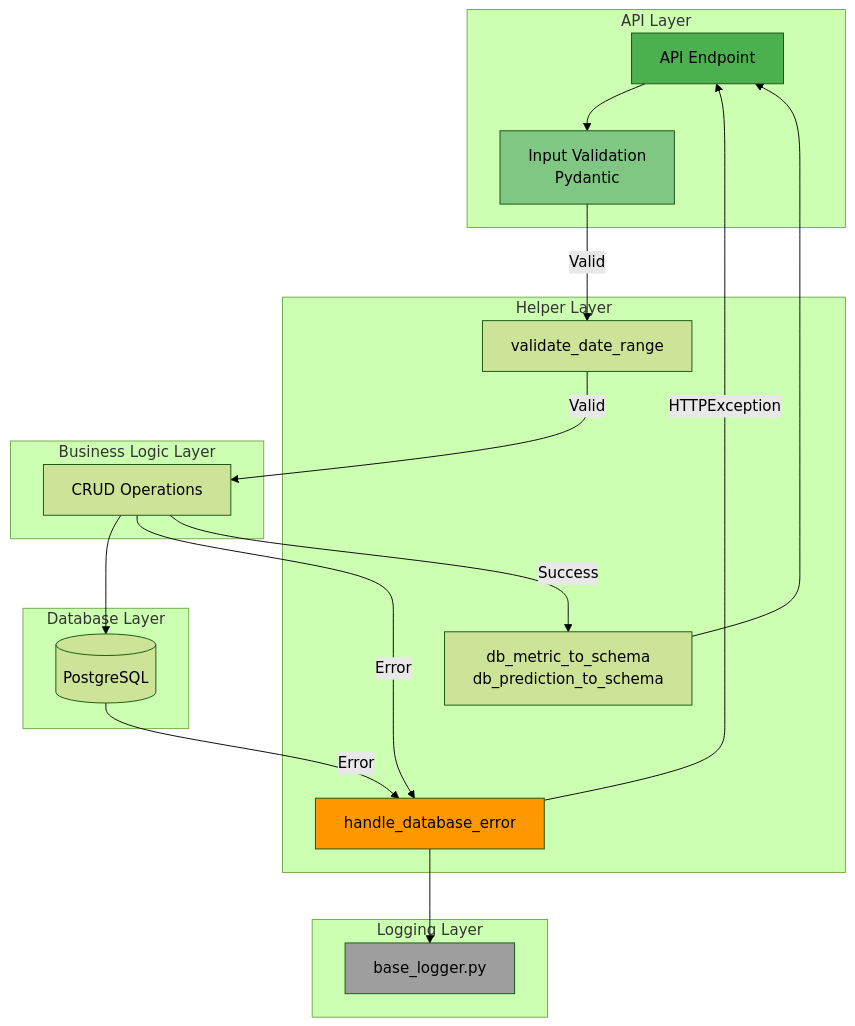
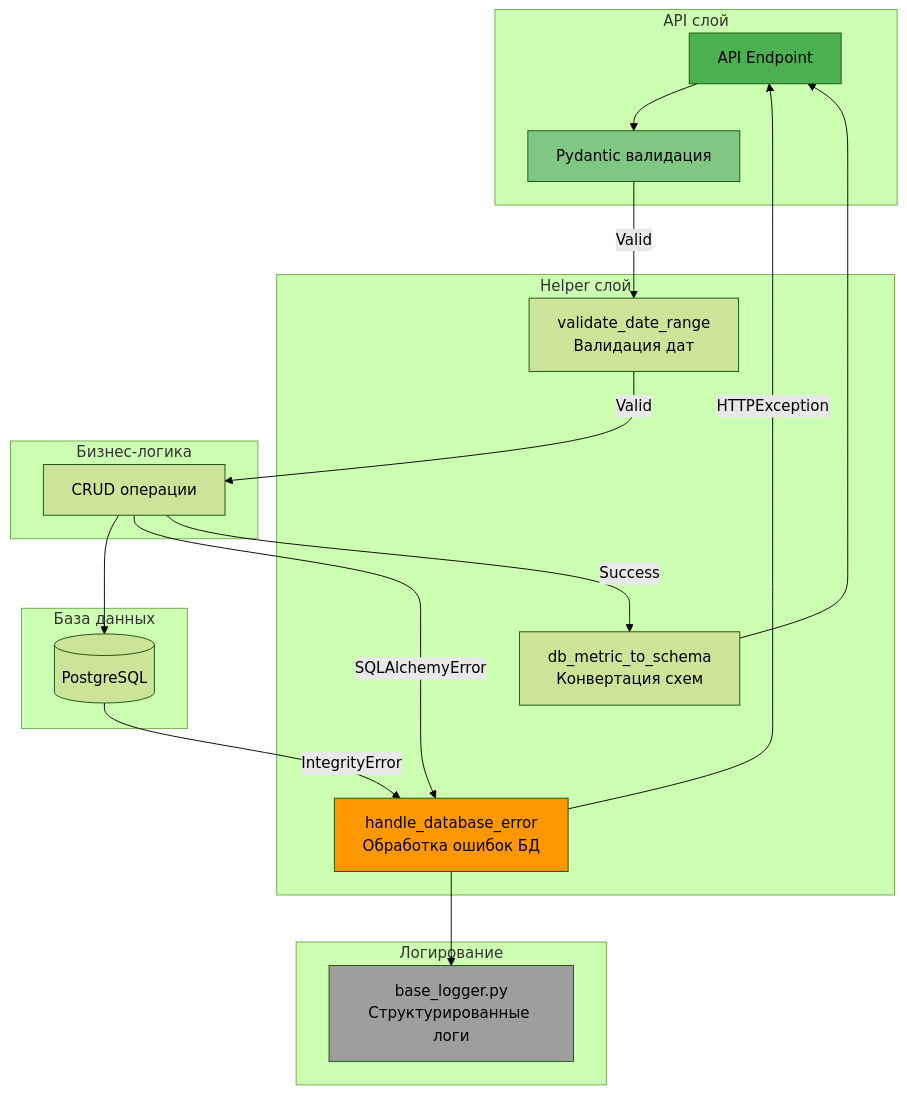
Diagram 11 of 13 in docs/ARCHITECTURE.md (sweetd0vee/servers-dashboard), drawn with Mermaid (forest theme) before and after one commit. The commit also changed other lines of this file and 1 other file, not shown here.

````diff
--- a/docs/ARCHITECTURE.md
+++ b/docs/ARCHITECTURE.md
@@ -673,43 +646,43 @@
 ```mermaid
 graph TB
-    subgraph "API Layer"
+    subgraph "API слой"
         Endpoint[API Endpoint]
-        Validator[Input Validation<br/>Pydantic]
+        Validator[Pydantic валидация]
     end
     
-    subgraph "Helper Layer"
-        DateValidator[validate_date_range]
-        ErrorHandler[handle_database_error]
-        SchemaConverter[db_metric_to_schema<br/>db_prediction_to_schema]
+    subgraph "Helper слой"
+        DateVal[validate_date_range<br/>Валидация дат]
+        ErrorHandler[handle_database_error<br/>Обработка ошибок БД]
+        SchemaConv[db_metric_to_schema<br/>Конвертация схем]
     end
     
-    subgraph "Business Logic Layer"
-        CRUD[CRUD Operations]
+    subgraph "Бизнес-логика"
+        CRUD[CRUD операции]
     end
     
-    subgraph "Database Layer"
+    subgraph "База данных"
         DB[(PostgreSQL)]
     end
     
-    subgraph "Logging Layer"
-        Logger[base_logger.py]
+    subgraph "Логирование"
+        Logger[base_logger.py<br/>Структурированные логи]
     end
     
     Endpoint --> Validator
-    Validator -->|Valid| DateValidator
-    DateValidator -->|Valid| CRUD
+    Validator -->|Valid| DateVal
+    DateVal -->|Valid| CRUD
     CRUD --> DB
     
-    CRUD -->|Error| ErrorHandler
-    DB -->|Error| ErrorHandler
+    CRUD -->|SQLAlchemyError| ErrorHandler
+    DB -->|IntegrityError| ErrorHandler
     ErrorHandler --> Logger
     ErrorHandler -->|HTTPException| Endpoint
     
-    CRUD -->|Success| SchemaConverter
-    SchemaConverter --> Endpoint
+    CRUD -->|Success| SchemaConv
+    SchemaConv --> Endpoint
     
     style Endpoint fill:#4caf50
     style Validator fill:#81c784
     style ErrorHandler fill:#ff9800
     style Logger fill:#9e9e9e
 ```
````
